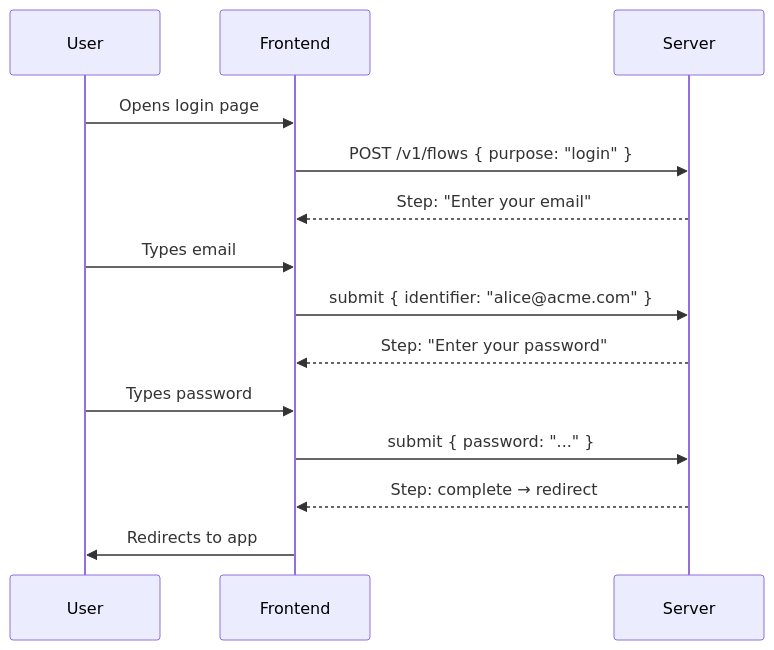
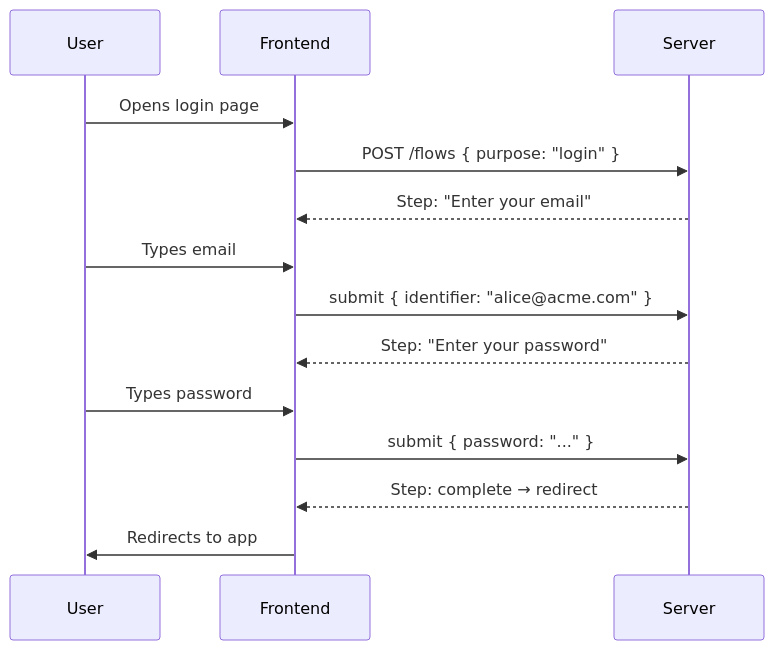
Before and after one commit to zitadel/nextgen: the first of 12 diagrams in docs/design/flowengine/flow-engine-guide.md, drawn with Mermaid. The commit also changed other lines of this file and 25 other files, not shown here.

````diff
--- a/docs/design/flowengine/flow-engine-guide.md
+++ b/docs/design/flowengine/flow-engine-guide.md
@@ -16,17 +16,17 @@
 ```mermaid
 sequenceDiagram
     participant User
     participant Frontend
     participant Server
 
     User->>Frontend: Opens login page
-    Frontend->>Server: POST /v1/flows { purpose: "login" }
+    Frontend->>Server: POST /flows { purpose: "login" }
     Server-->>Frontend: Step: "Enter your email"
     User->>Frontend: Types email
     Frontend->>Server: submit { identifier: "alice@acme.com" }
     Server-->>Frontend: Step: "Enter your password"
     User->>Frontend: Types password
     Frontend->>Server: submit { password: "..." }
     Server-->>Frontend: Step: complete → redirect
     Frontend->>User: Redirects to app
 ```
````
